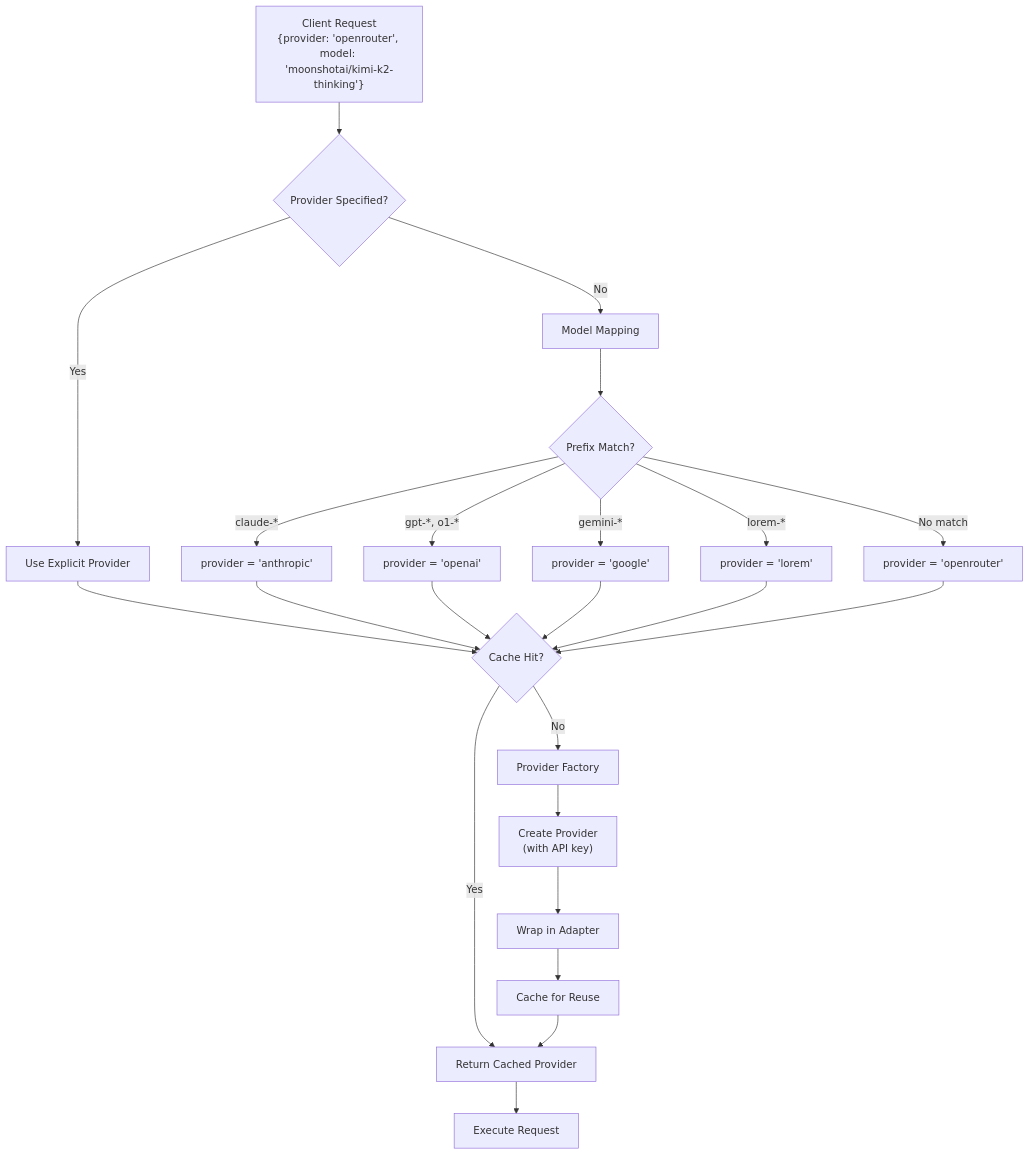
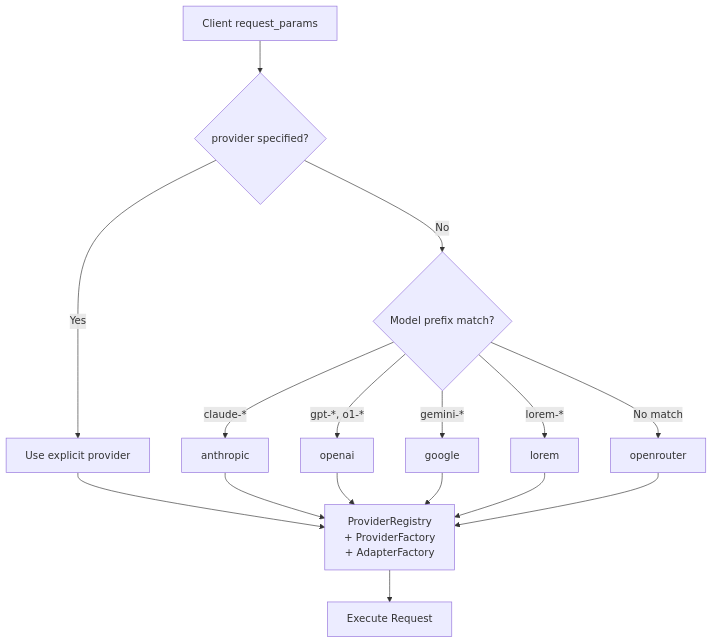
One commit to haowjy/meridian-flow changed the diagram in _docs/technical/backend/provider-routing.md. Above: the diagram before and after it, drawn with Mermaid. The commit also changed other lines of this file and 62 other files, not shown here.

````diff
--- a/_docs/technical/backend/provider-routing.md
+++ b/_docs/technical/backend/provider-routing.md
@@ -16,31 +10,19 @@
 ```mermaid
 graph TD
-    A["Client Request<br/>{provider: 'openrouter', model: 'moonshotai/kimi-k2-thinking'}"] --> B{Provider Specified?}
-    B -->|Yes| C[Use Explicit Provider]
-    B -->|No| D[Model Mapping]
+    A["Client request_params"] --> B{"provider specified?"}
+    B -->|Yes| C["Use explicit provider"]
+    B -->|No| D{"Model prefix match?"}
+    D -->|"claude-*"| F["anthropic"]
+    D -->|"gpt-*, o1-*"| G["openai"]
+    D -->|"gemini-*"| H["google"]
+    D -->|"lorem-*"| I["lorem"]
+    D -->|No match| J["openrouter"]
 
-    D --> E{Prefix Match?}
-    E -->|claude-*| F[provider = 'anthropic']
-    E -->|gpt-*, o1-*| G[provider = 'openai']
-    E -->|gemini-*| H[provider = 'google']
-    E -->|lorem-*| I[provider = 'lorem']
-    E -->|No match| J[provider = 'openrouter']
-
-    C --> K{Cache Hit?}
+    C --> K["ProviderRegistry\n+ ProviderFactory\n+ AdapterFactory"]
     F --> K
     G --> K
     H --> K
     I --> K
     J --> K
-
-    K -->|Yes| L[Return Cached Provider]
-    K -->|No| M[Provider Factory]
-
-    M --> N["Create Provider<br/>(with API key)"]
-    N --> O[Wrap in Adapter]
-    O --> P[Cache for Reuse]
-    P --> L
-
-    L --> Q[Execute Request]
-
+    K --> L["Execute Request"]
 ```
````
